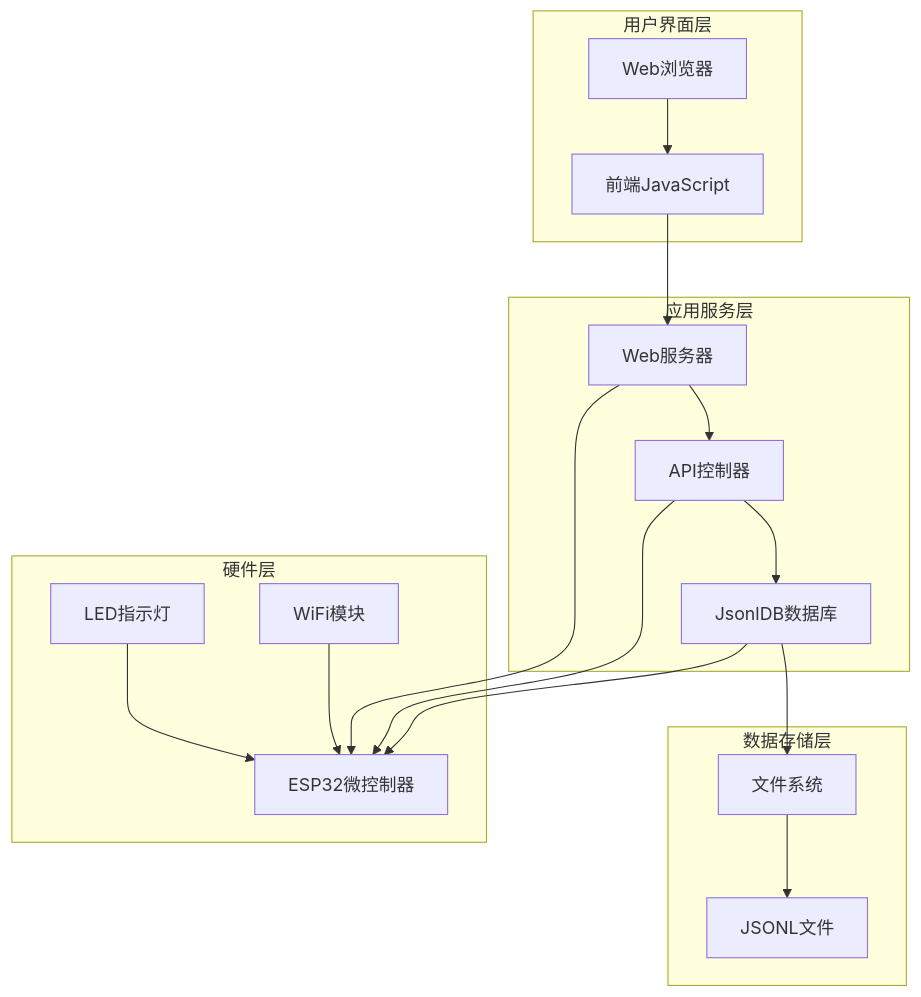
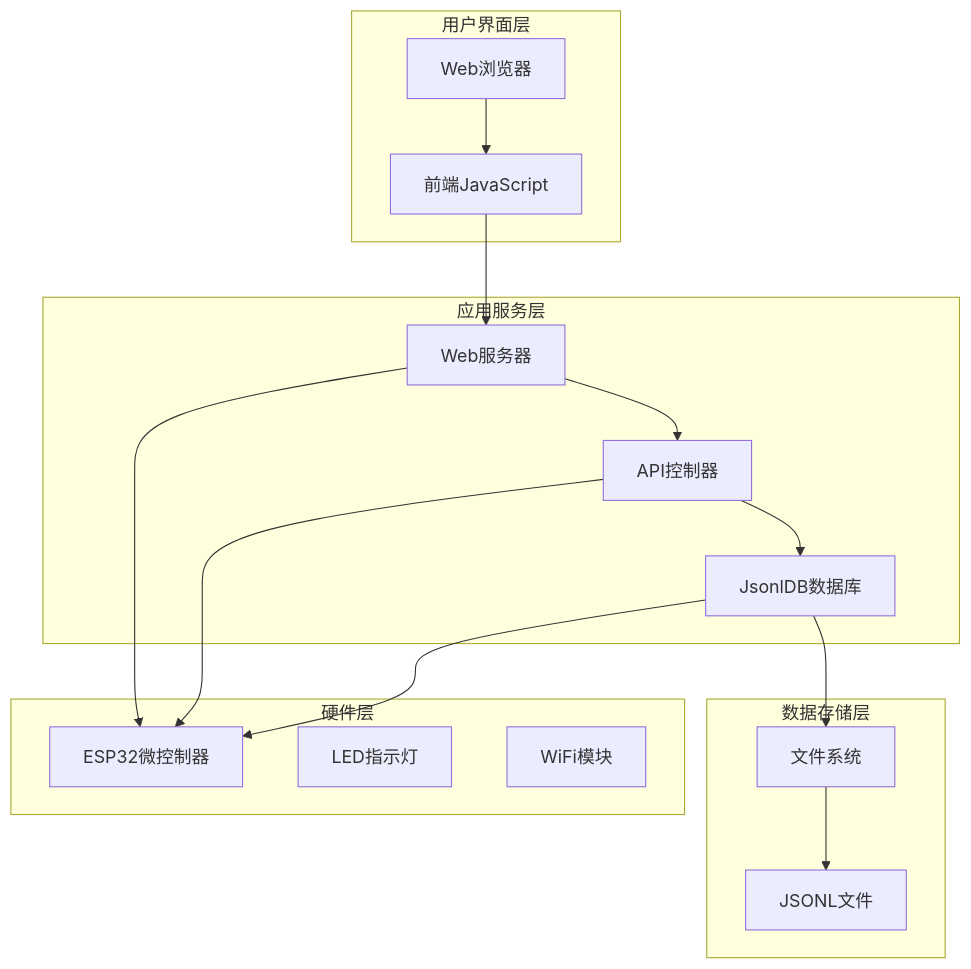
One commit to qq20739111/weilushishe-lishitai changed the second of 11 diagrams in .qoder/repowiki/zh/content/数据管理/JSONL数据库系统.md. Above: the diagram before and after it, drawn with Mermaid. The commit also changed other lines of this file and 23 other files, not shown here.

````diff
--- a/.qoder/repowiki/zh/content/数据管理/JSONL数据库系统.md
+++ b/.qoder/repowiki/zh/content/数据管理/JSONL数据库系统.md
@@ -126,32 +108,30 @@
 ```mermaid
 graph TB
 subgraph "用户界面层"
 UI[Web浏览器]
 FE[前端JavaScript]
 end
 subgraph "应用服务层"
 WS[Web服务器]
 API[API控制器]
 DB[JsonlDB数据库]
 end
 subgraph "数据存储层"
 FS[文件系统]
 JL[JSONL文件]
 end
 subgraph "硬件层"
 ESP[ESP32微控制器]
 LED[LED指示灯]
 WIFI[WiFi模块]
 end
 UI --> FE
 FE --> WS
 WS --> API
 API --> DB
 DB --> FS
 FS --> JL
 WS --> ESP
 API --> ESP
 DB --> ESP
-LED --> ESP
-WIFI --> ESP
 ```
````
